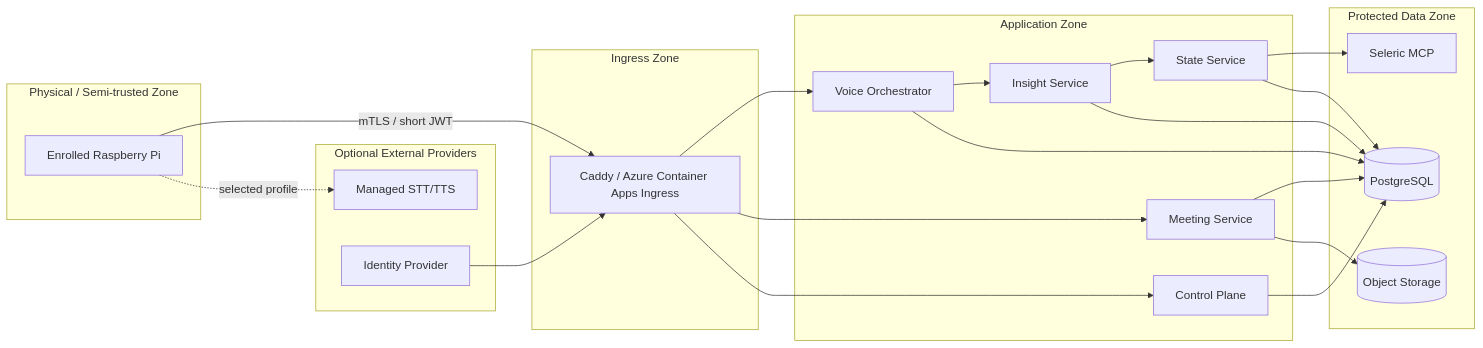
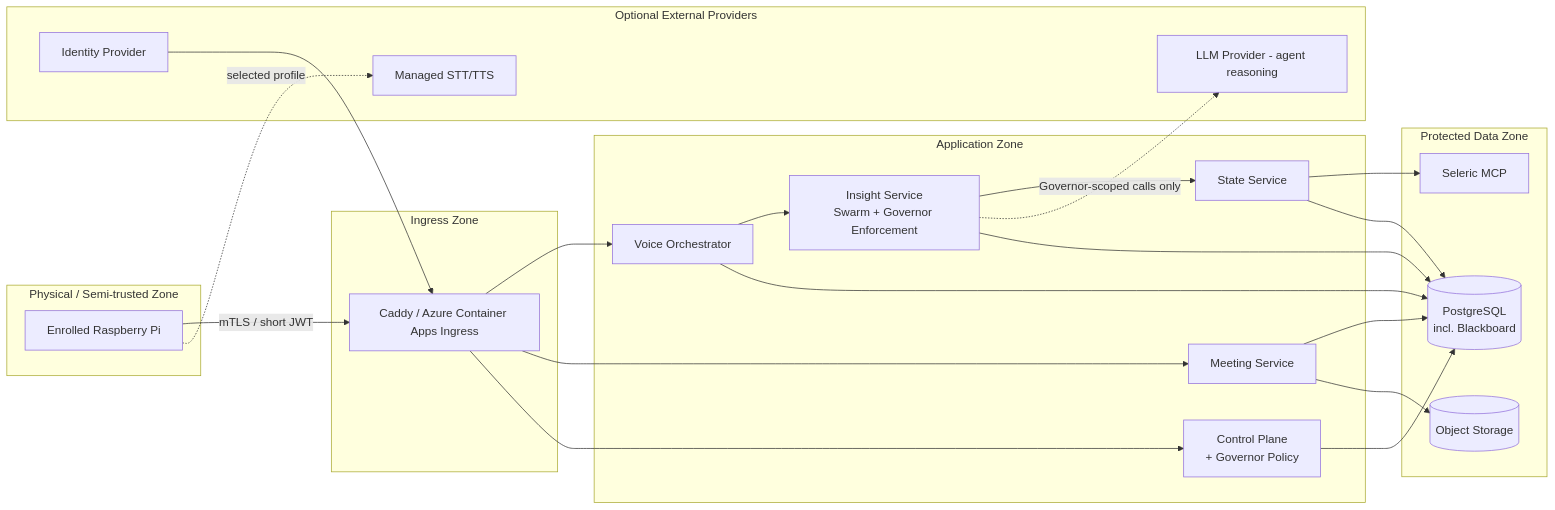
One commit to Tervigon-Collective/Seleric_Agent changed the third of 7 diagrams in 03_HIGH_LEVEL_DESIGN.md. Above: the diagram before and after it, drawn with Mermaid. The commit also changed other lines of this file and 26 other files, not shown here.

````diff
--- a/03_HIGH_LEVEL_DESIGN.md
+++ b/03_HIGH_LEVEL_DESIGN.md
@@ -296,45 +275,47 @@
 ```mermaid
 flowchart LR
     subgraph UntrustedPhysical[Physical / Semi-trusted Zone]
         Pi[Enrolled Raspberry Pi]
     end
 
     subgraph Ingress[Ingress Zone]
         Gateway[Caddy / Azure Container Apps Ingress]
     end
 
     subgraph App[Application Zone]
         Voice2[Voice Orchestrator]
         State2[State Service]
-        Insight2[Insight Service]
+        Insight2[Insight Service<br/>Swarm + Governor Enforcement]
         Meeting2[Meeting Service]
-        Control2[Control Plane]
+        Control2[Control Plane<br/>+ Governor Policy]
     end
 
     subgraph DataZone[Protected Data Zone]
-        PG2[(PostgreSQL)]
+        PG2[(PostgreSQL<br/>incl. Blackboard)]
         Obj2[(Object Storage)]
         MCP2[Seleric MCP]
     end
 
     subgraph External[Optional External Providers]
         STT2[Managed STT/TTS]
+        LLM2[LLM Provider - agent reasoning]
         IdP2[Identity Provider]
     end
 
     Pi -- mTLS / short JWT --> Gateway
     Gateway --> Voice2
     Gateway --> Meeting2
     Gateway --> Control2
     Voice2 --> Insight2
     Insight2 --> State2
     State2 --> MCP2
+    Insight2 -. Governor-scoped calls only .-> LLM2
     Voice2 --> PG2
     Insight2 --> PG2
     State2 --> PG2
     Meeting2 --> PG2
     Meeting2 --> Obj2
     Control2 --> PG2
     Pi -. selected profile .-> STT2
     IdP2 --> Gateway
 ```
````
